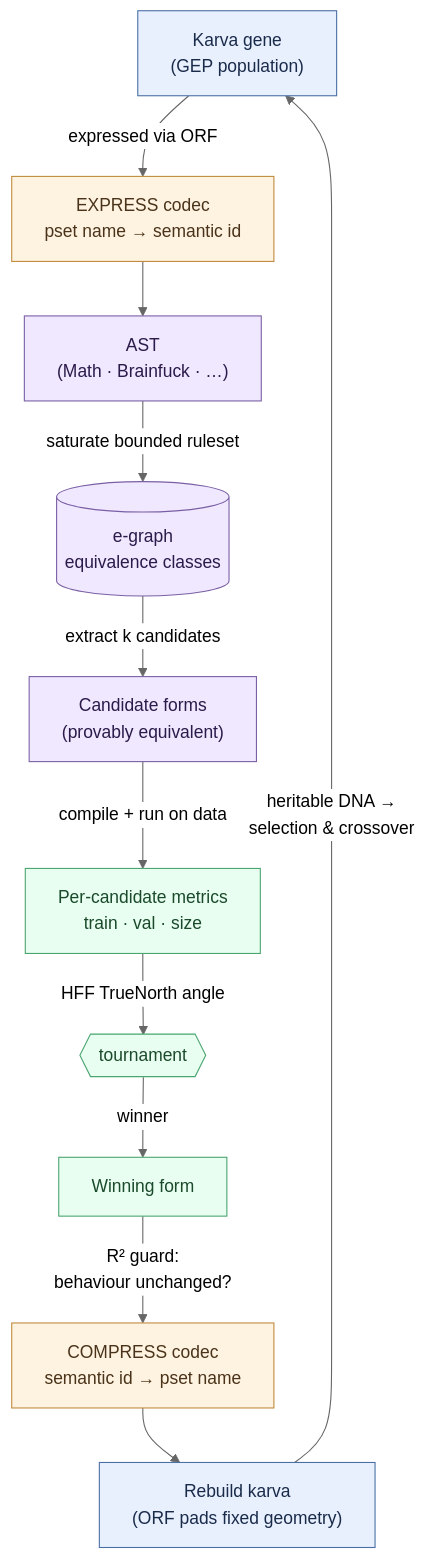
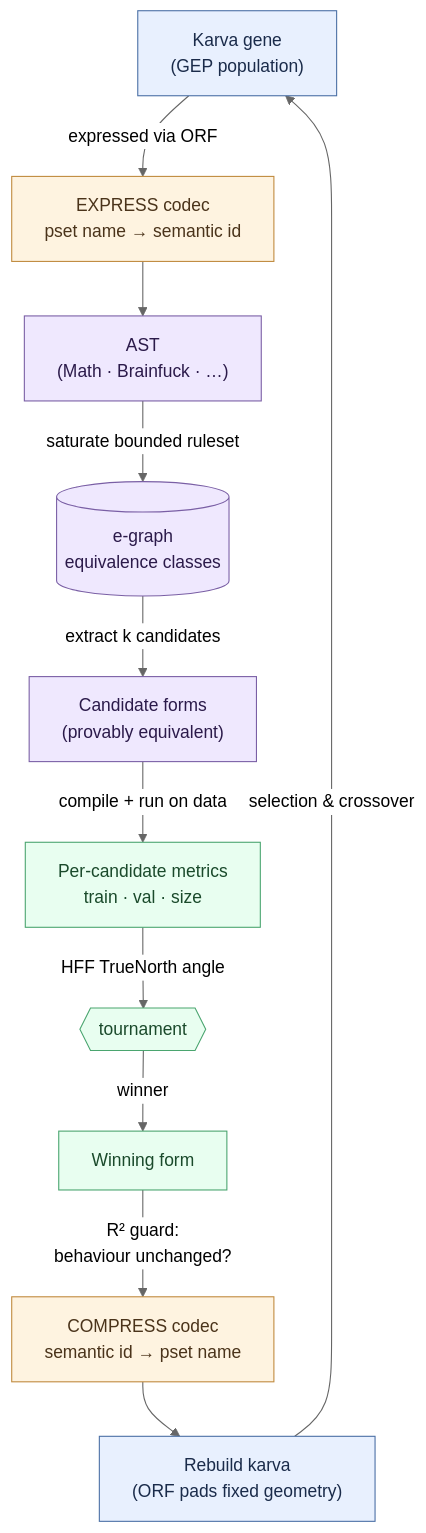
One commit to Gamakon/fuller changed the diagram in README.md. Above: the diagram before and after it, drawn with Mermaid (neutral theme). The commit also changed other lines of this file, not shown here.

````diff
--- a/README.md
+++ b/README.md
@@ -56,22 +60,22 @@
 ```mermaid
 flowchart TD
     G["Karva gene<br/>(GEP population)"] -->|"expressed via ORF"| X["EXPRESS codec<br/>pset name → semantic id"]
     X --> A["AST<br/>(Math · Brainfuck · …)"]
     A -->|"saturate bounded ruleset"| E[("e-graph<br/>equivalence classes")]
     E -->|"extract k candidates"| C["Candidate forms<br/>(provably equivalent)"]
     C -->|"compile + run on data"| M["Per-candidate metrics<br/>train · val · size"]
     M -->|"HFF TrueNorth angle"| T{{"tournament"}}
     T -->|winner| W["Winning form"]
     W -->|"R² guard:<br/>behaviour unchanged?"| Y["COMPRESS codec<br/>semantic id → pset name"]
     Y --> R["Rebuild karva<br/>(ORF pads fixed geometry)"]
-    R -->|"heritable DNA →<br/>selection & crossover"| G
+    R -->|"selection & crossover"| G
 
     classDef gep fill:#e8f0fe,stroke:#4a6fa5,color:#1a2b4a
     classDef egraph fill:#efe8fe,stroke:#7a5fa5,color:#2b1a4a
     classDef data fill:#e8fef0,stroke:#4aa56f,color:#1a4a2b
     classDef codec fill:#fef3e0,stroke:#c08a3e,color:#4a331a
     class G,R gep
     class A,E,C egraph
     class M,T,W data
     class X,Y codec
 ```
````
